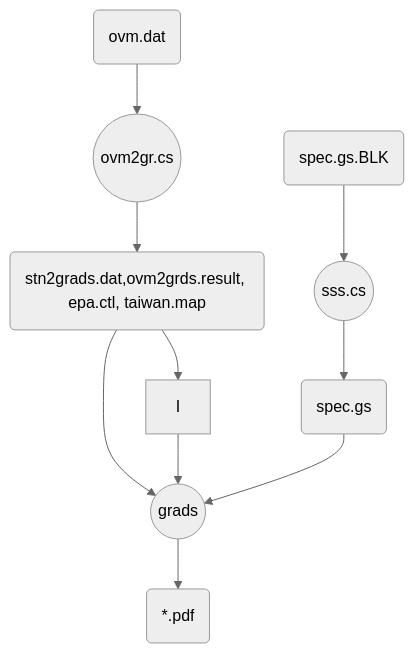
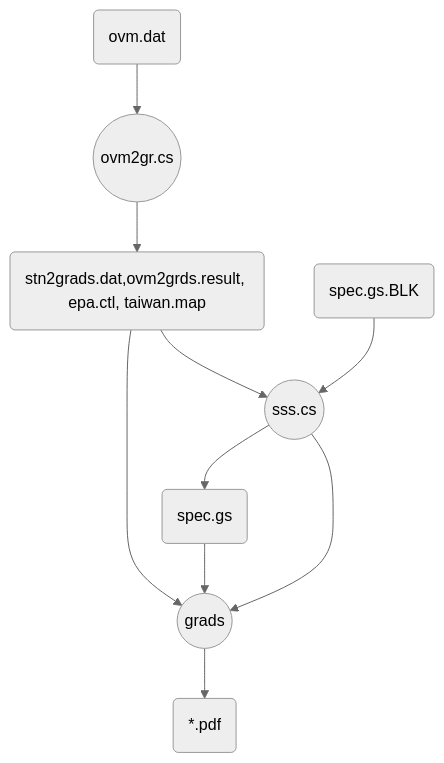
One commit to sinotec2/FAQ changed the first of 3 diagrams in _posts/2022-07-21-ovm2grads.md. Above: the diagram before and after it, drawn with Mermaid (neutral theme).

````diff
--- a/_posts/2022-07-21-ovm2grads.md
+++ b/_posts/2022-07-21-ovm2grads.md
@@ -23,12 +23,12 @@
 ```mermaid
 graph TD
     A(ovm.dat) --> G((ovm2gr.cs))
     G --> B(stn2grads.dat,ovm2grds.result, epa.ctl, taiwan.map)
     D(spec.gs.BLK) --> H((sss.cs))
     H --> C(spec.gs)
     B --> E((grads))
     C --> E
-    B --> I
-    I --> E
+    B --> H
+    H --> E
     E --> F(*.pdf)
 ```
````
